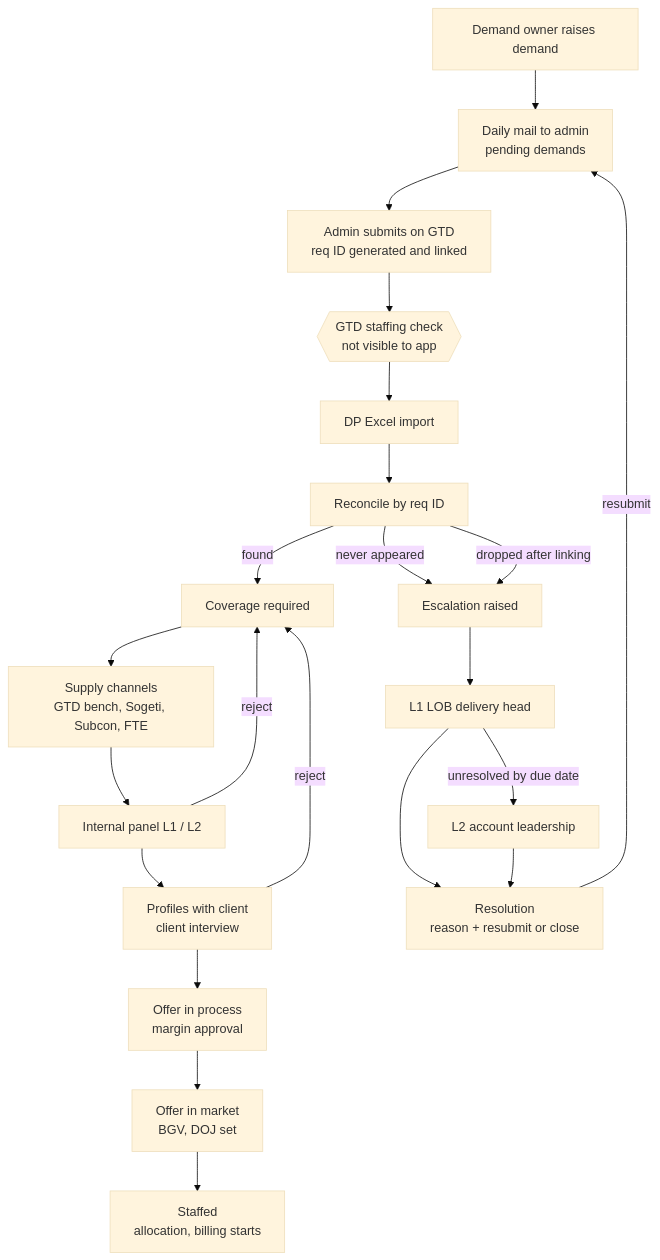
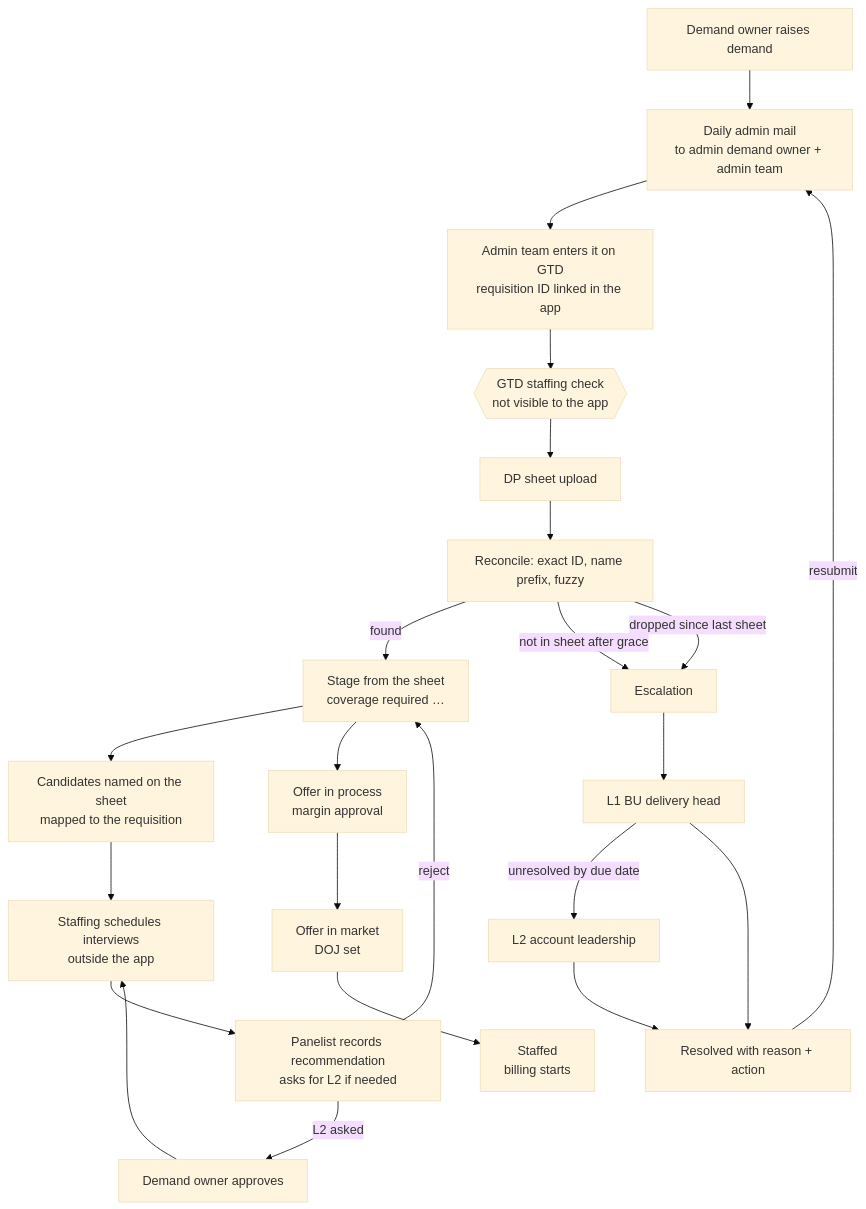
One commit to PradeepLakshmiprakash/Demand-track-builder changed the first of 2 diagrams in docs/spec/flow-artifact.md. Above: the diagram before and after it, drawn with Mermaid (base theme). The commit also changed other lines of this file, not shown here.

First line of the commit message:
flow-artifact.md v1.2: match what is built through Phase 6

````diff
--- a/docs/spec/flow-artifact.md
+++ b/docs/spec/flow-artifact.md
@@ -52,24 +53,24 @@
 ```mermaid
 flowchart TD
-    A[Demand owner raises demand] --> B[Daily mail to admin<br/>pending demands]
-    B --> C[Admin submits on GTD<br/>req ID generated and linked]
-    C --> D{{GTD staffing check<br/>not visible to app}}
-    D --> E[DP Excel import]
-    E --> F[Reconcile by req ID]
-    F -->|found| G[Coverage required]
-    F -->|never appeared| X[Escalation raised]
-    F -->|dropped after linking| X
-    G --> H[Supply channels<br/>GTD bench, Sogeti, Subcon, FTE]
-    H --> I[Internal panel L1 / L2]
-    I -->|reject| G
-    I --> J[Profiles with client<br/>client interview]
+    A[Demand owner raises demand] --> B[Daily admin mail<br/>to admin demand owner + admin team]
+    B --> C[Admin team enters it on GTD<br/>requisition ID linked in the app]
+    C --> D{{GTD staffing check<br/>not visible to the app}}
+    D --> E[DP sheet upload]
+    E --> F[Reconcile: exact ID, name prefix, fuzzy]
+    F -->|found| G[Stage from the sheet<br/>coverage required …]
+    F -->|not in sheet after grace| X[Escalation]
+    F -->|dropped since last sheet| X
+    G --> H[Candidates named on the sheet<br/>mapped to the requisition]
+    H --> I[Staffing schedules interviews<br/>outside the app]
+    I --> J[Panelist records recommendation<br/>asks for L2 if needed]
+    J -->|L2 asked| K[Demand owner approves] --> I
     J -->|reject| G
-    J --> K[Offer in process<br/>margin approval]
-    K --> L[Offer in market<br/>BGV, DOJ set]
-    L --> M[Staffed<br/>allocation, billing starts]
-    X --> N[L1 LOB delivery head]
-    N -->|unresolved by due date| O[L2 account leadership]
-    N --> P[Resolution<br/>reason + resubmit or close]
-    O --> P
-    P -->|resubmit| B
+    G --> L[Offer in process<br/>margin approval]
+    L --> M[Offer in market<br/>DOJ set]
+    M --> N[Staffed<br/>billing starts]
+    X --> P[L1 BU delivery head]
+    P -->|unresolved by due date| Q[L2 account leadership]
+    P --> R[Resolved with reason + action]
+    Q --> R
+    R -->|resubmit| B
 ```
````
